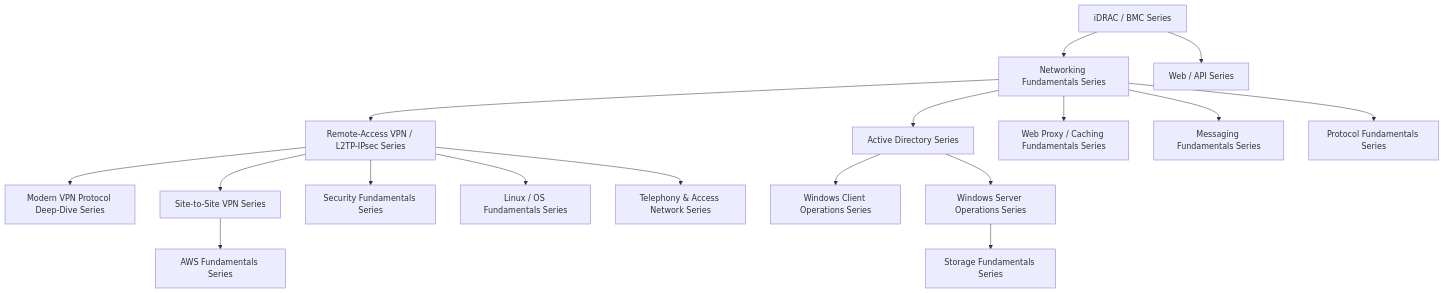
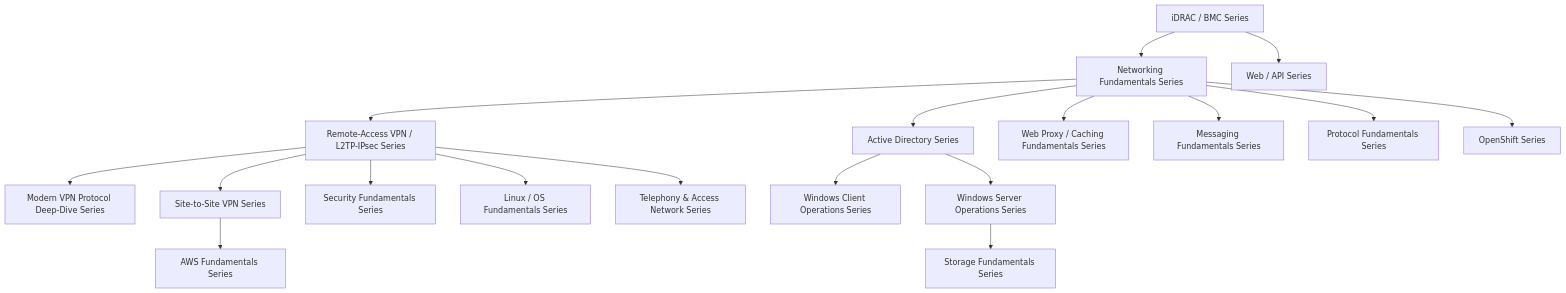
One commit to koikoi1998/koikoi-blog-20260723 changed the diagram in src/pages/en/sitemap.md. Above: the diagram before and after it, drawn with Mermaid. The commit also changed other lines of this file and 9 other files, not shown here.

````diff
--- a/src/pages/en/sitemap.md
+++ b/src/pages/en/sitemap.md
@@ -22,37 +22,39 @@
 ```mermaid
 graph TB
     Idrac["iDRAC / BMC Series"]
     Network["Networking Fundamentals Series"]
     Vpn["Remote-Access VPN / L2TP-IPsec Series"]
     ModernVpn["Modern VPN Protocol Deep-Dive Series"]
     SiteToSite["Site-to-Site VPN Series"]
     Security["Security Fundamentals Series"]
     Linux["Linux / OS Fundamentals Series"]
     Telephony["Telephony & Access Network Series"]
     Api["Web / API Series"]
     ActiveDirectory["Active Directory Series"]
     WindowsClient["Windows Client Operations Series"]
     WindowsServer["Windows Server Operations Series"]
     Storage["Storage Fundamentals Series"]
     WebProxy["Web Proxy / Caching Fundamentals Series"]
     AwsBasics["AWS Fundamentals Series"]
     Messaging["Messaging Fundamentals Series"]
     Protocol["Protocol Fundamentals Series"]
+    OpenShift["OpenShift Series"]
 
     Idrac --> Network
     Idrac --> Api
     Network --> Vpn
     Vpn --> ModernVpn
     Vpn --> SiteToSite
     Vpn --> Security
     Vpn --> Linux
     Vpn --> Telephony
     Network --> ActiveDirectory
     ActiveDirectory --> WindowsClient
     ActiveDirectory --> WindowsServer
     WindowsServer --> Storage
     Network --> WebProxy
     SiteToSite --> AwsBasics
     Network --> Messaging
     Network --> Protocol
+    Network --> OpenShift
 ```
````
